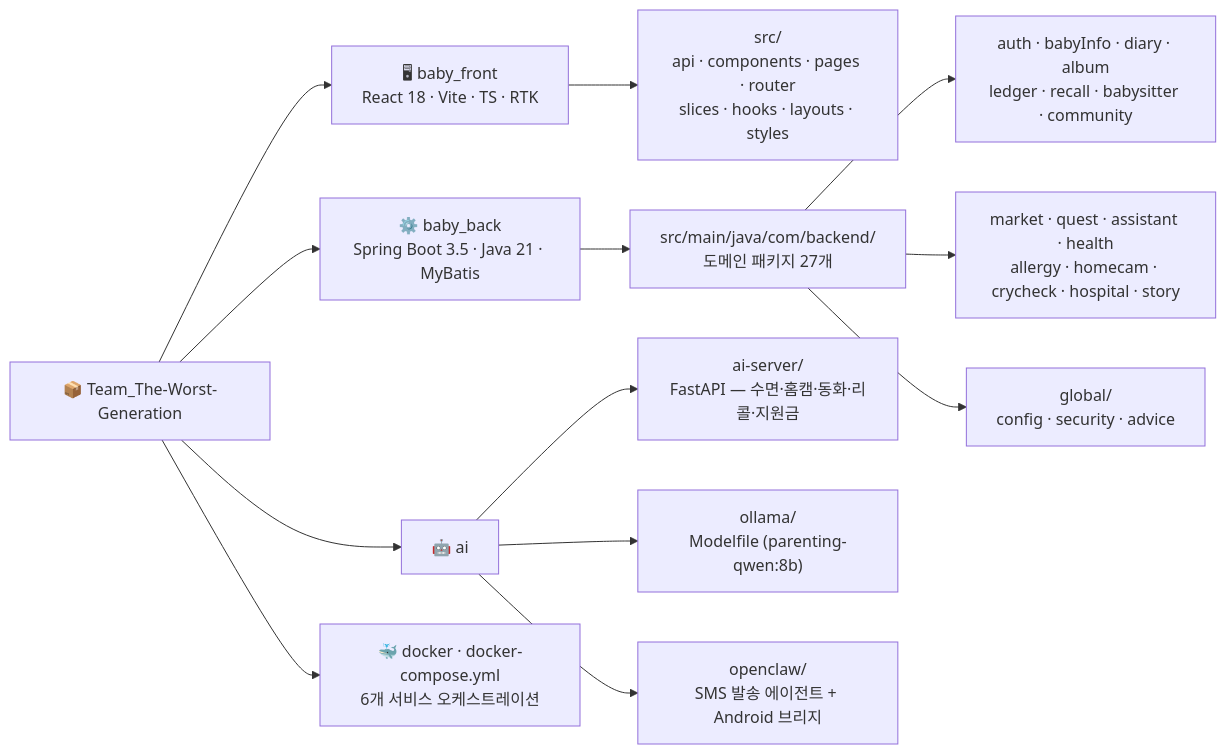
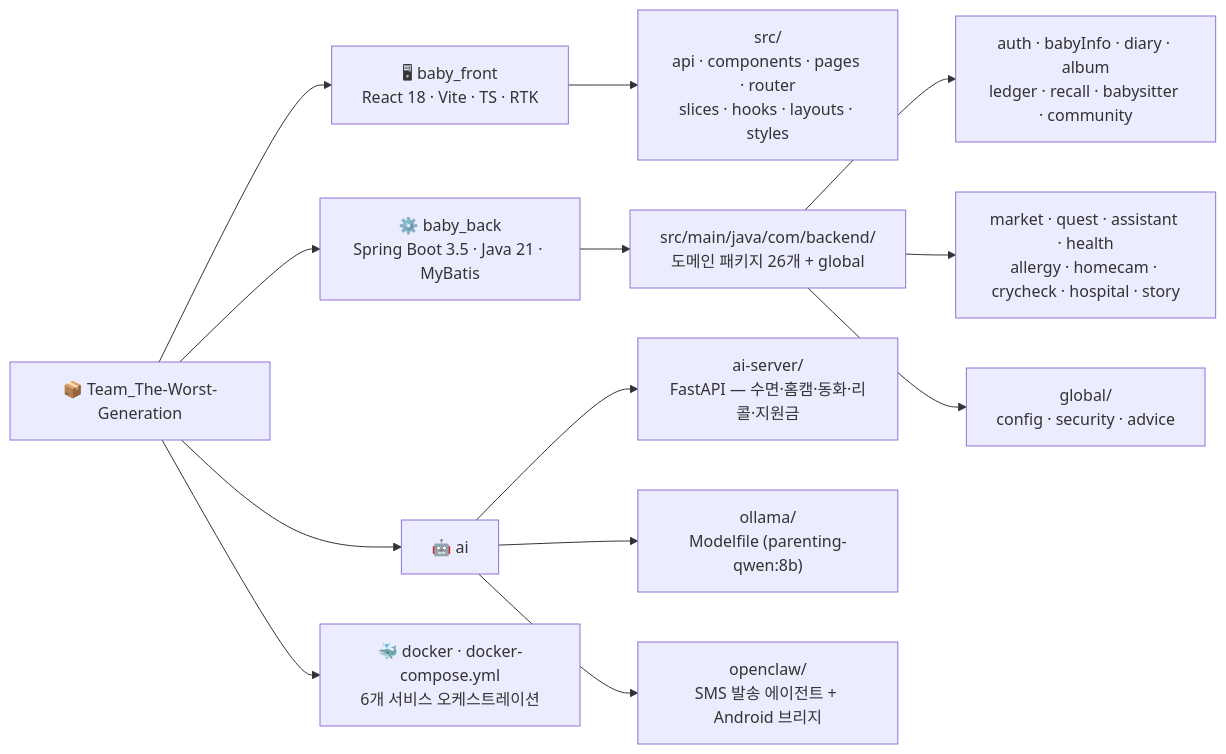
Before and after one commit to sai0734/Team_The-Worst-Generation: the diagram in README.md, drawn with Mermaid. The commit also changed other lines of this file, not shown here.

````diff
--- a/README.md
+++ b/README.md
@@ -309,20 +312,20 @@
 ```mermaid
 flowchart LR
     ROOT["📦 Team_The-Worst-Generation"]
 
     ROOT --> FE["🖥 baby_front<br/>React 18 · Vite · TS · RTK"]
     ROOT --> BE["⚙️ baby_back<br/>Spring Boot 3.5 · Java 21 · MyBatis"]
     ROOT --> AI["🤖 ai"]
     ROOT --> DK["🐳 docker · docker-compose.yml<br/>6개 서비스 오케스트레이션"]
 
     FE --> FES["src/<br/>api · components · pages · router<br/>slices · hooks · layouts · styles"]
 
-    BE --> BES["src/main/java/com/backend/<br/>도메인 패키지 27개"]
+    BE --> BES["src/main/java/com/backend/<br/>도메인 패키지 26개 + global"]
     BES --> BE1["auth · babyInfo · diary · album<br/>ledger · recall · babysitter · community"]
     BES --> BE2["market · quest · assistant · health<br/>allergy · homecam · crycheck · hospital · story"]
     BES --> BE3["global/<br/>config · security · advice"]
 
     AI --> AIS["ai-server/<br/>FastAPI — 수면·홈캠·동화·리콜·지원금"]
     AI --> AIO["ollama/<br/>Modelfile (parenting-qwen:8b)"]
     AI --> AIC["openclaw/<br/>SMS 발송 에이전트 + Android 브리지"]
 ```
````
